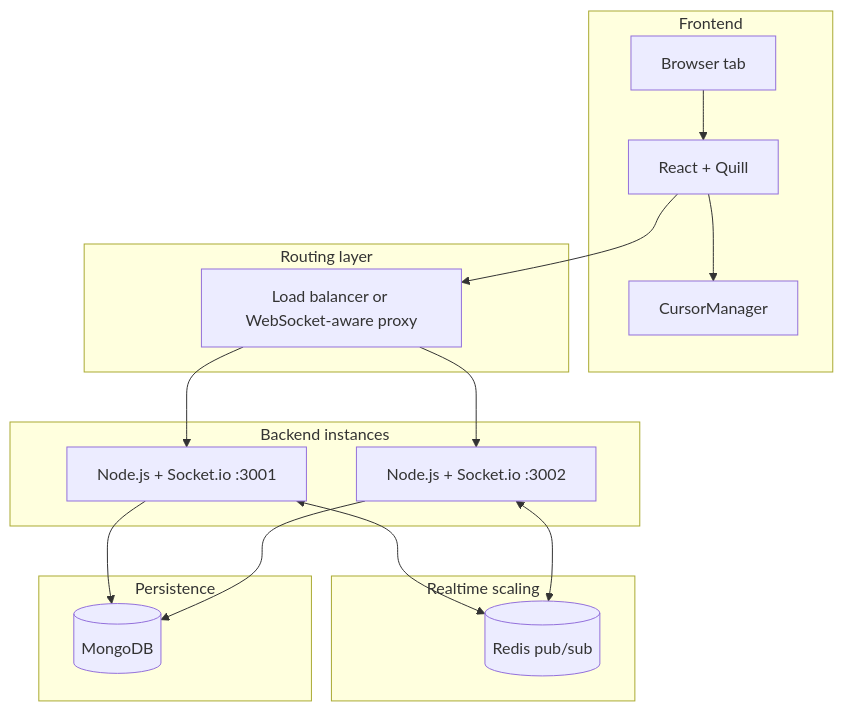
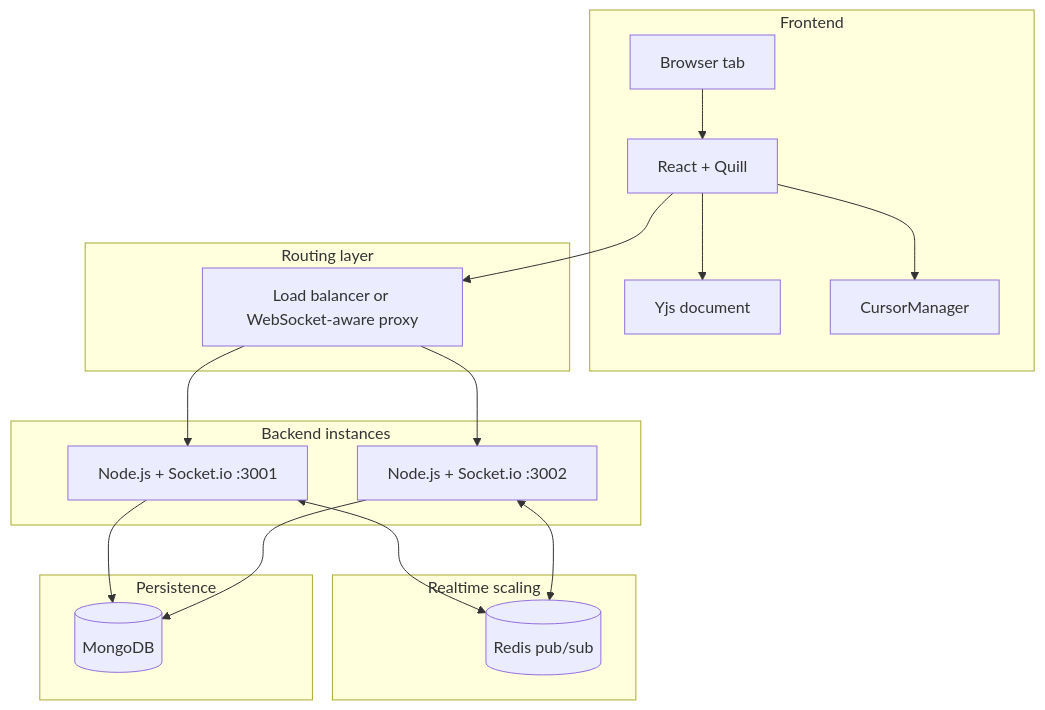
One commit to anubhab555/collab-editor changed the diagram in docs/ARCHITECTURE.md. Above: the diagram before and after it, drawn with Mermaid. The commit also changed other lines of this file and 17 other files, not shown here.

````diff
--- a/docs/ARCHITECTURE.md
+++ b/docs/ARCHITECTURE.md
@@ -45,36 +47,38 @@
 ```mermaid
 graph TB
     subgraph Frontend["Frontend"]
         Browser["Browser tab"]
         React["React + Quill"]
+        YDoc["Yjs document"]
         Cursor["CursorManager"]
 
         Browser --> React
+        React --> YDoc
         React --> Cursor
     end
 
     subgraph Proxy["Routing layer"]
         LB["Load balancer or WebSocket-aware proxy"]
     end
 
     subgraph Backend["Backend instances"]
         NodeA["Node.js + Socket.io :3001"]
         NodeB["Node.js + Socket.io :3002"]
     end
 
     subgraph Realtime["Realtime scaling"]
         Redis[("Redis pub/sub")]
     end
 
     subgraph Data["Persistence"]
         Mongo[("MongoDB")]
     end
 
     React --> LB
     LB --> NodeA
     LB --> NodeB
     NodeA <--> Redis
     NodeB <--> Redis
     NodeA --> Mongo
     NodeB --> Mongo
 ```
````
